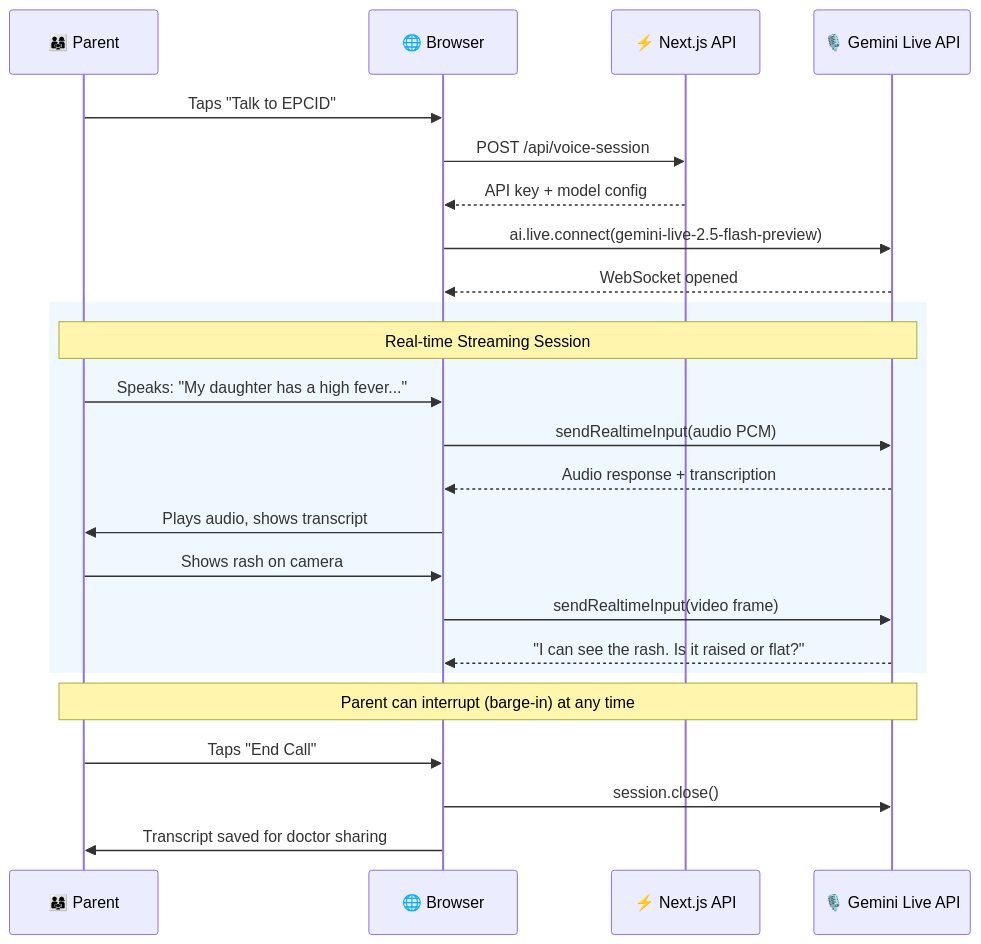
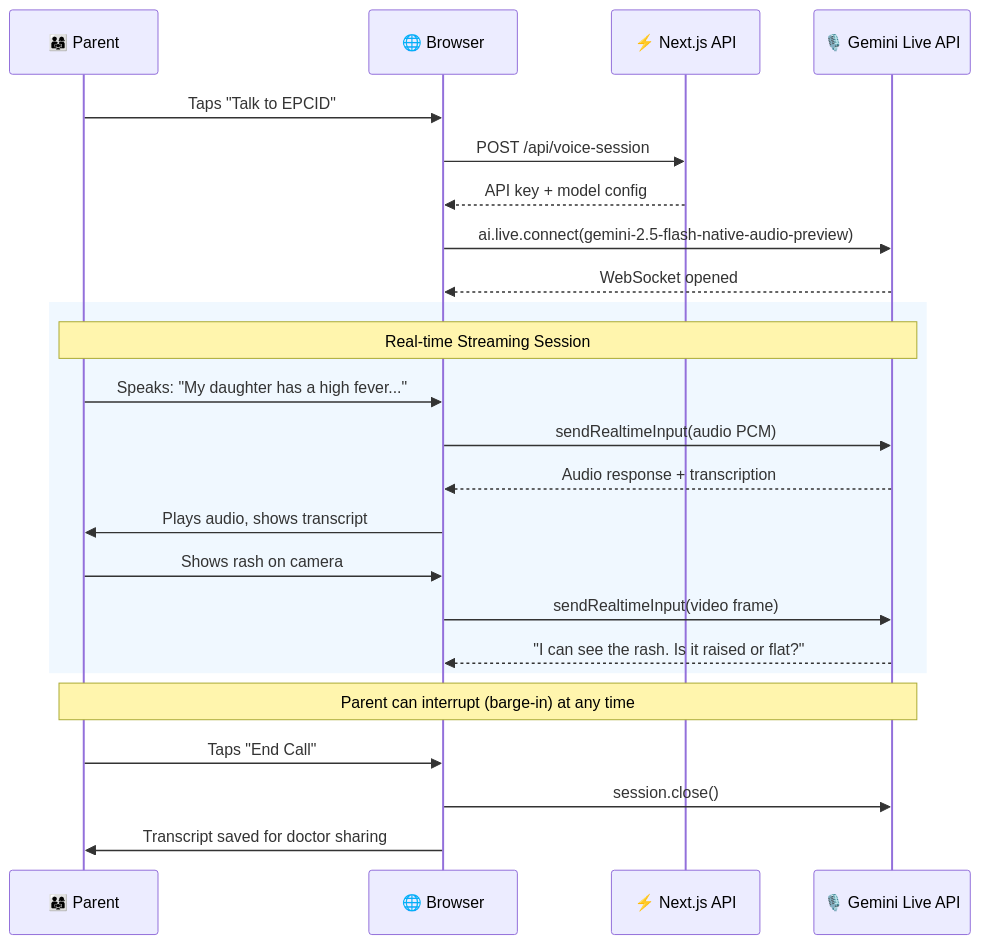
Before and after one commit to samalpartha/EPCID: the second of 2 diagrams in README.md, drawn with Mermaid. The commit also changed other lines of this file, not shown here.

````diff
--- a/README.md
+++ b/README.md
@@ -284,30 +316,30 @@
 ```mermaid
 sequenceDiagram
     participant P as 👨‍👩‍👧 Parent
     participant B as 🌐 Browser
     participant N as ⚡ Next.js API
     participant L as 🎙️ Gemini Live API
 
     P->>B: Taps "Talk to EPCID"
     B->>N: POST /api/voice-session
     N-->>B: API key + model config
-    B->>L: ai.live.connect(gemini-live-2.5-flash-preview)
+    B->>L: ai.live.connect(gemini-2.5-flash-native-audio-preview)
     L-->>B: WebSocket opened
 
     rect rgb(240, 248, 255)
         Note over P,L: Real-time Streaming Session
         P->>B: Speaks: "My daughter has a high fever..."
         B->>L: sendRealtimeInput(audio PCM)
         L-->>B: Audio response + transcription
         B->>P: Plays audio, shows transcript
         
         P->>B: Shows rash on camera
         B->>L: sendRealtimeInput(video frame)
         L-->>B: "I can see the rash. Is it raised or flat?"
     end
 
     Note over P,L: Parent can interrupt (barge-in) at any time
     P->>B: Taps "End Call"
     B->>L: session.close()
     B->>P: Transcript saved for doctor sharing
 ```
````
